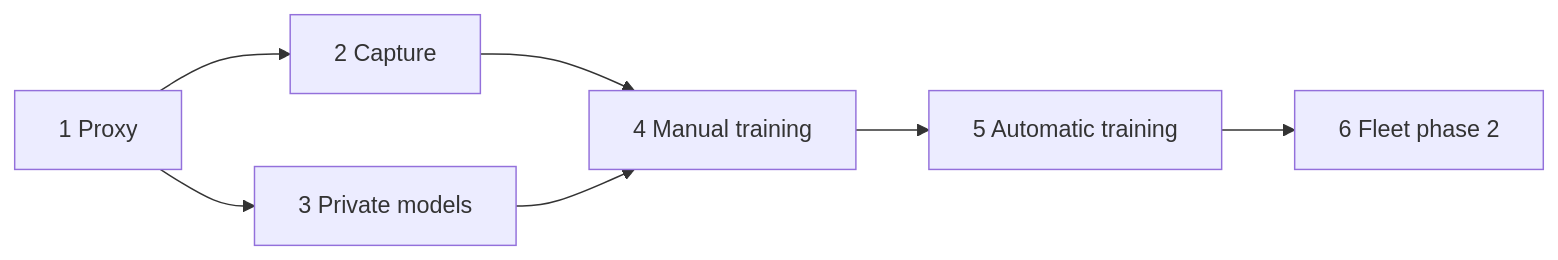
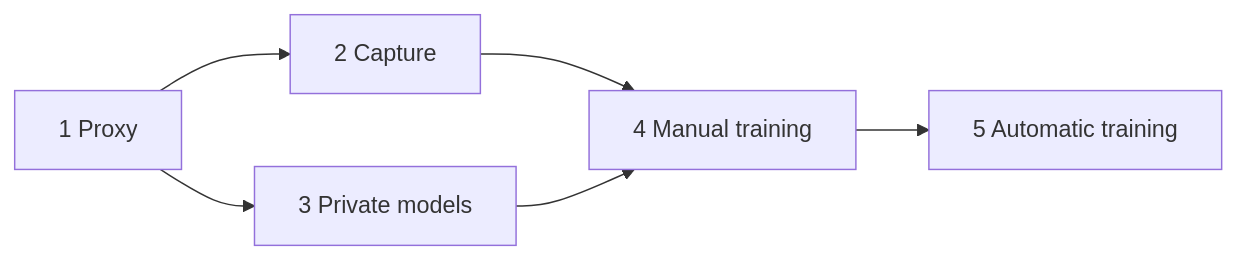
Before and after one commit to Gradiated/gradiated: the third of 3 diagrams in docs/TASK_FINE_TUNING_FROM_TRACES_PLAN.md, drawn with Mermaid. The commit also changed other lines of this file and 7 other files, not shown here.

First line of the commit message:
Simplify fine-tuning architecture and unify generation events (#44)

````diff
--- a/docs/TASK_FINE_TUNING_FROM_TRACES_PLAN.md
+++ b/docs/TASK_FINE_TUNING_FROM_TRACES_PLAN.md
@@ -228,9 +226,8 @@
 ```mermaid
 flowchart LR
   I1[1 Proxy] --> I2[2 Capture]
   I1 --> I3[3 Private models]
   I2 --> I4[4 Manual training]
   I3 --> I4
   I4 --> I5[5 Automatic training]
-  I5 --> I6[6 Fleet phase 2]
 ```
````
